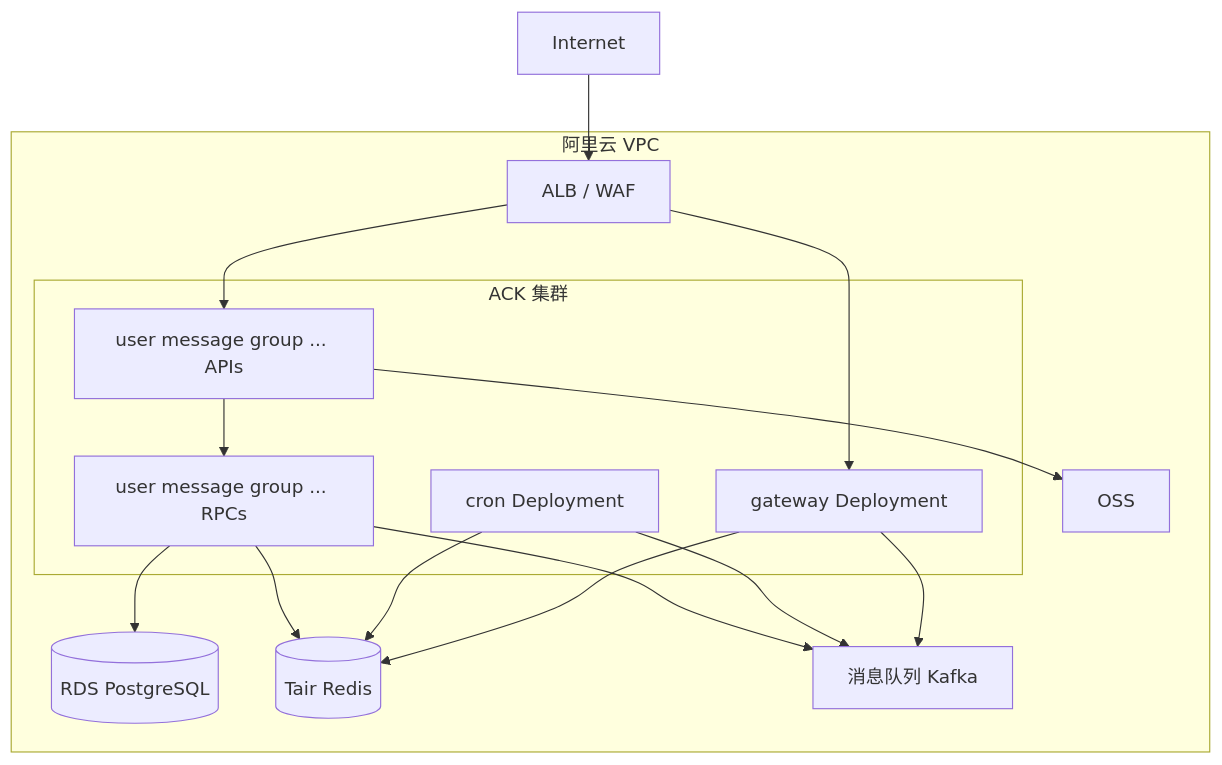
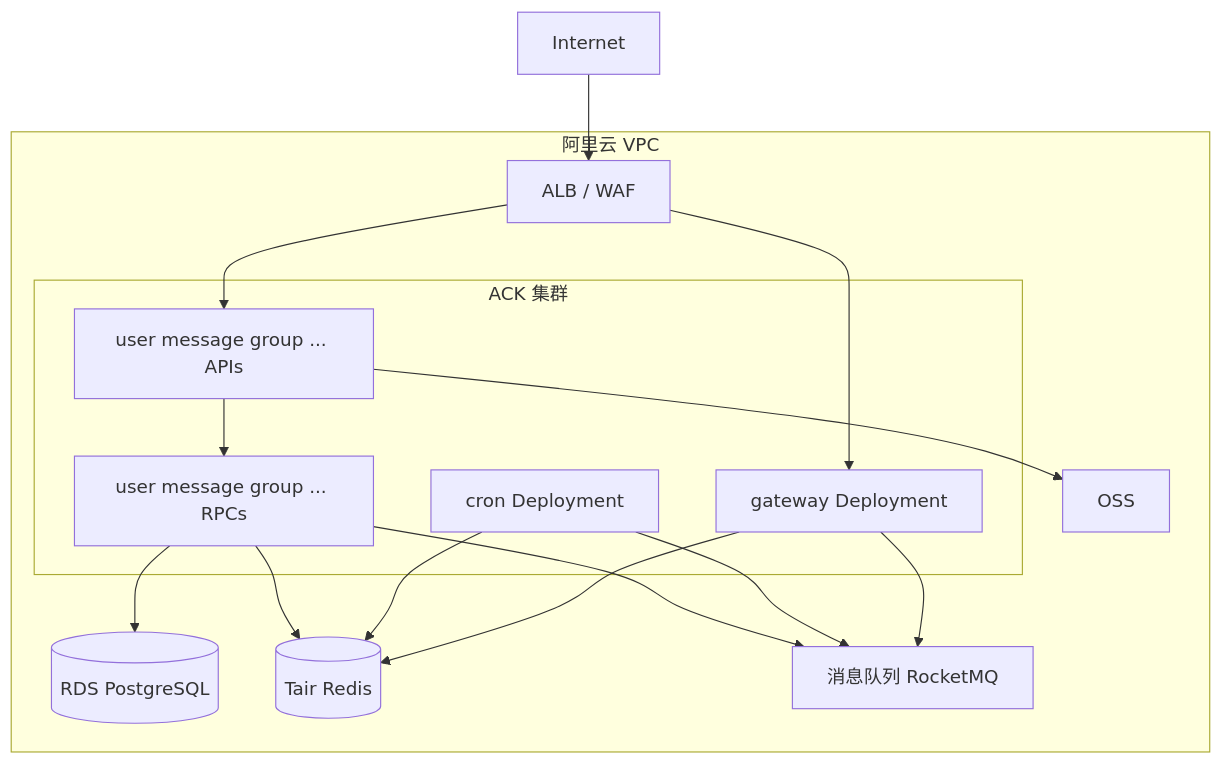
The sixth of 6 diagrams in README.md (AlbertChenshiqi/im), drawn with Mermaid before and after one commit. The commit also changed other lines of this file and 273 other files, not shown here.

````diff
--- a/README.md
+++ b/README.md
@@ -621,29 +676,29 @@
 ```mermaid
 flowchart TB
   subgraph aliyun [阿里云 VPC]
     ALB[ALB / WAF]
     subgraph ack [ACK 集群]
       GW[gateway Deployment]
       APIs[user message group ... APIs]
       RPCs[user message group ... RPCs]
       CronDep[cron Deployment]
     end
     RDS[(RDS PostgreSQL)]
     Tair[(Tair Redis)]
-    KafkaAliyun[消息队列 Kafka]
+    RMQCloud[消息队列 RocketMQ]
     OSS[OSS]
   end
 
   Internet --> ALB
   ALB --> APIs
   ALB --> GW
   APIs --> RPCs
   RPCs --> RDS
   RPCs --> Tair
-  RPCs --> KafkaAliyun
-  CronDep --> KafkaAliyun
+  RPCs --> RMQCloud
+  CronDep --> RMQCloud
   CronDep --> Tair
-  GW --> KafkaAliyun
+  GW --> RMQCloud
   GW --> Tair
   APIs --> OSS
 ```
````
